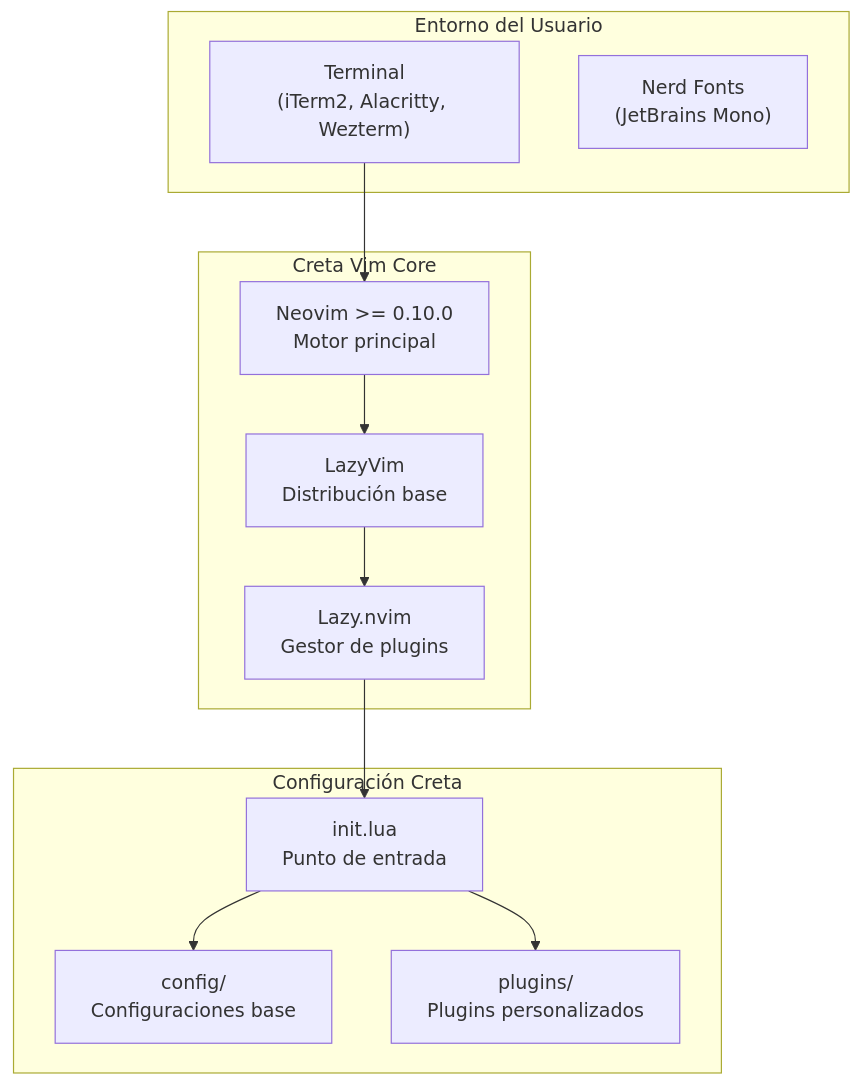
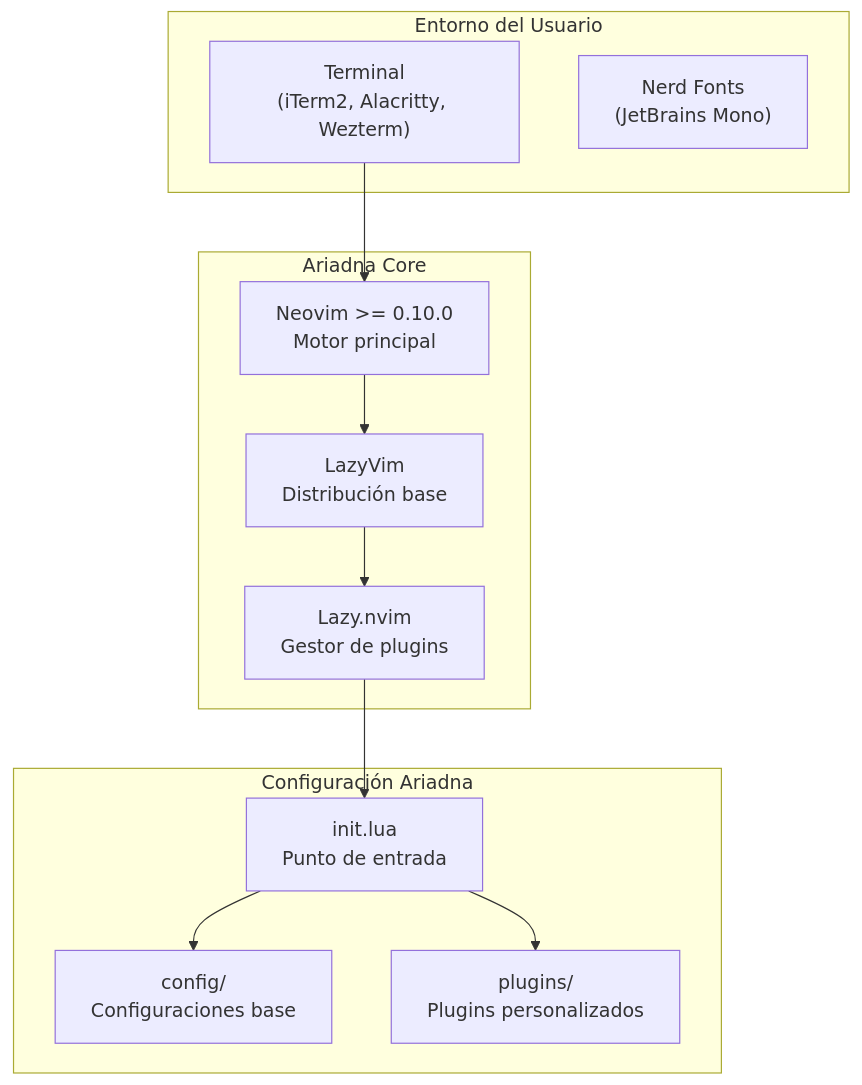
The diagram in static/ariadna/README.es.md (grzlz/icarus), drawn with Mermaid before and after one commit. The commit also changed other lines of this file and 2 other files, not shown here.

Commit message:
rebrand to ariadna

````diff
--- a/static/ariadna/README.es.md
+++ b/static/ariadna/README.es.md
@@ -69,26 +69,26 @@
 ```mermaid
 graph TB
     subgraph "Entorno del Usuario"
         Terminal["Terminal<br/>(iTerm2, Alacritty, Wezterm)"]
         NerdFont["Nerd Fonts<br/>(JetBrains Mono)"]
     end
 
-    subgraph "Creta Vim Core"
+    subgraph "Ariadna Core"
         Neovim["Neovim >= 0.10.0<br/>Motor principal"]
         LazyVim["LazyVim<br/>Distribución base"]
         Lazy["Lazy.nvim<br/>Gestor de plugins"]
     end
 
-    subgraph "Configuración Creta"
+    subgraph "Configuración Ariadna"
         InitLua["init.lua<br/>Punto de entrada"]
         ConfigLayer["config/<br/>Configuraciones base"]
         PluginLayer["plugins/<br/>Plugins personalizados"]
     end
 
     Terminal --> Neovim
     Neovim --> LazyVim
     LazyVim --> Lazy
     Lazy --> InitLua
     InitLua --> ConfigLayer
     InitLua --> PluginLayer
 ```
````
